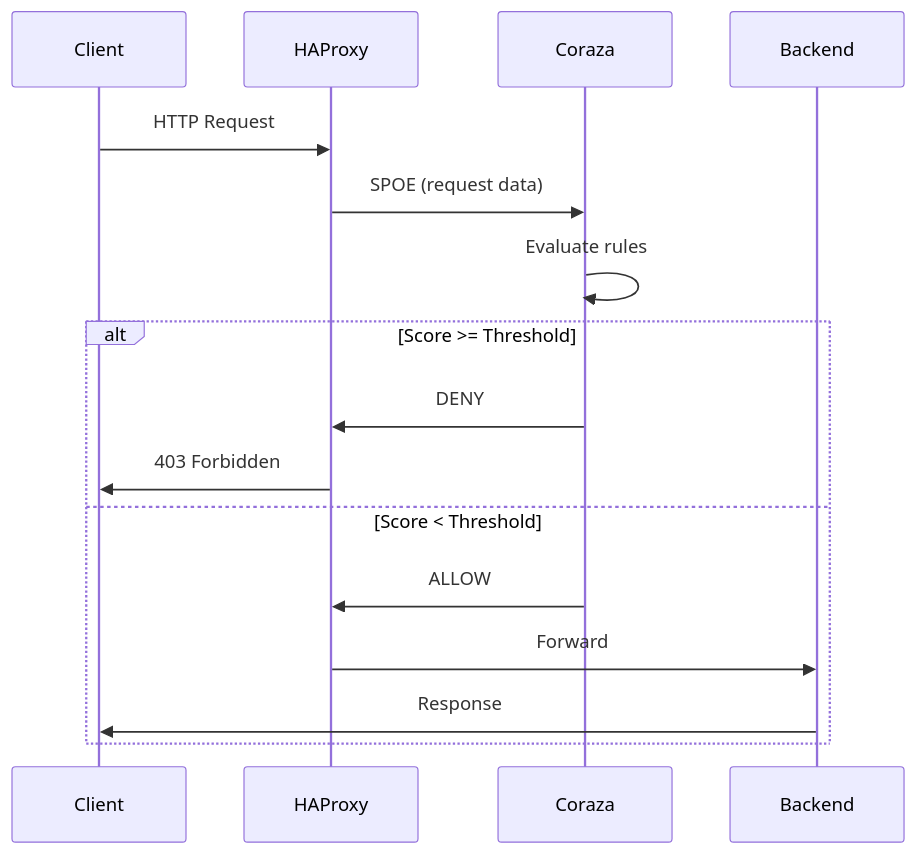
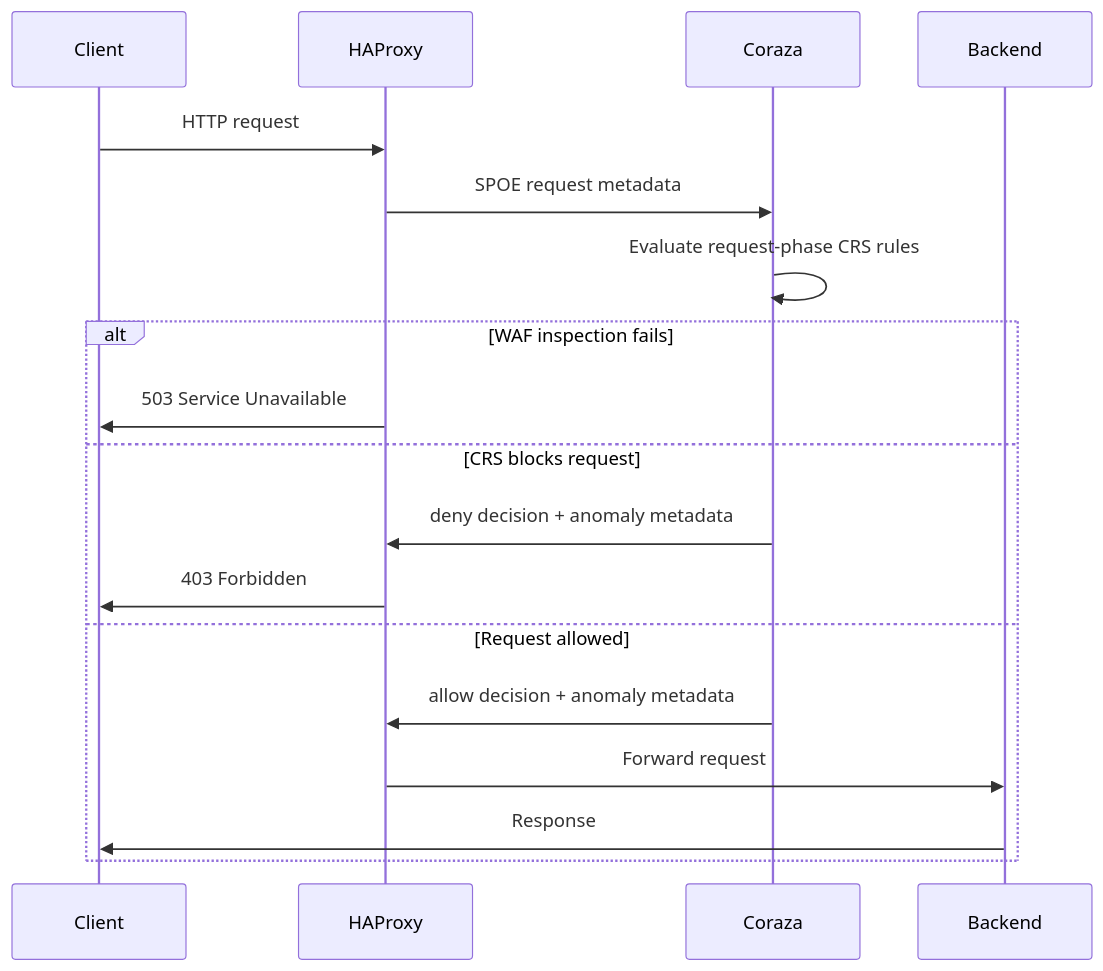
Before and after one commit to bihius/guard-proxy: the second of 2 diagrams in README.architecture.md, drawn with Mermaid. The commit also changed other lines of this file and 5 other files, not shown here.

Commit message:
update docs to match current architecture decisions from M1

````diff
--- a/README.architecture.md
+++ b/README.architecture.md
@@ -19,14 +24,16 @@
 ```mermaid
 sequenceDiagram
-    Client->>HAProxy: HTTP Request
-    HAProxy->>Coraza: SPOE (request data)
-    Coraza->>Coraza: Evaluate rules
-    alt Score >= Threshold
-        Coraza->>HAProxy: DENY
+    Client->>HAProxy: HTTP request
+    HAProxy->>Coraza: SPOE request metadata
+    Coraza->>Coraza: Evaluate request-phase CRS rules
+    alt WAF inspection fails
+        HAProxy->>Client: 503 Service Unavailable
+    else CRS blocks request
+        Coraza->>HAProxy: deny decision + anomaly metadata
         HAProxy->>Client: 403 Forbidden
-    else Score < Threshold
-        Coraza->>HAProxy: ALLOW
-        HAProxy->>Backend: Forward
+    else Request allowed
+        Coraza->>HAProxy: allow decision + anomaly metadata
+        HAProxy->>Backend: Forward request
         Backend->>Client: Response
     end
 ```
````
